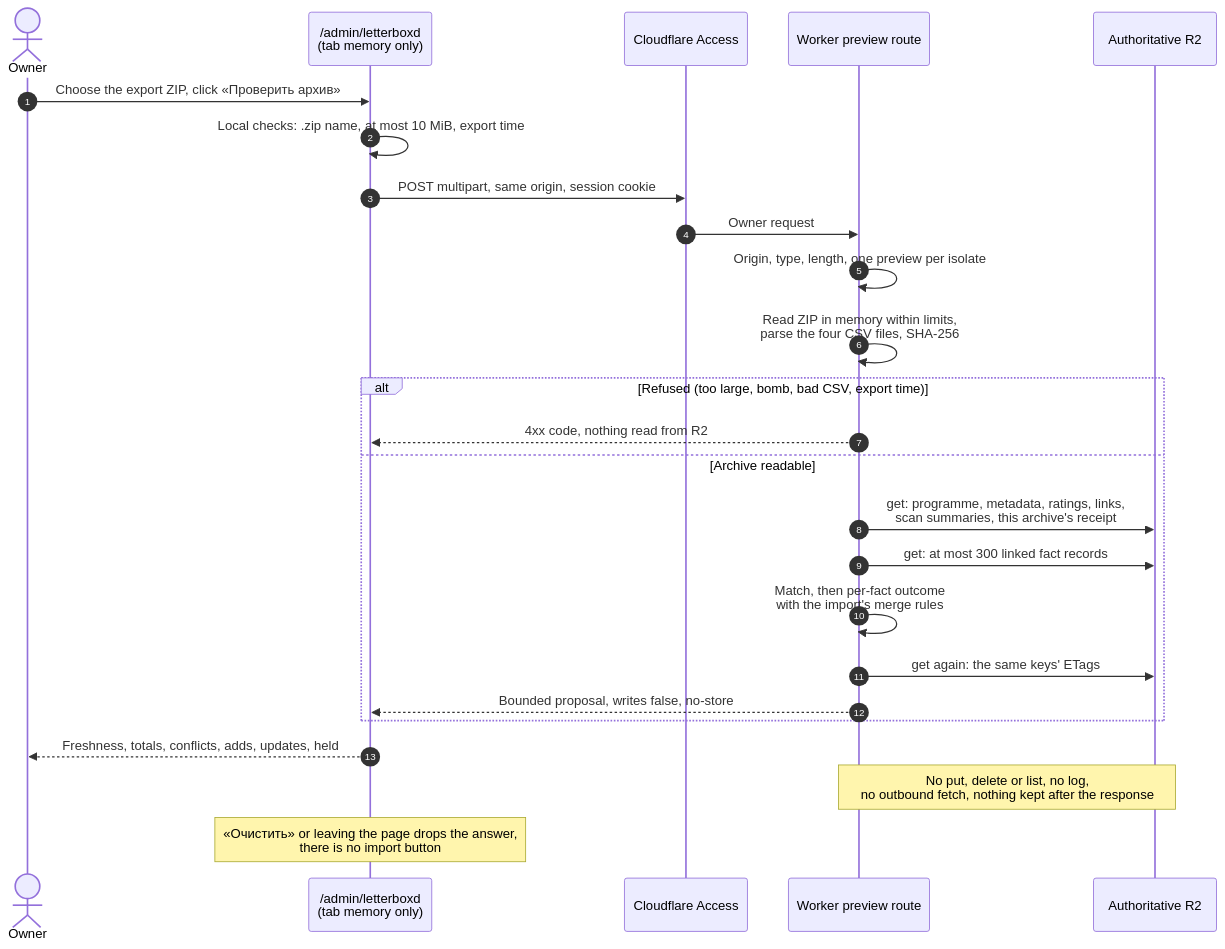
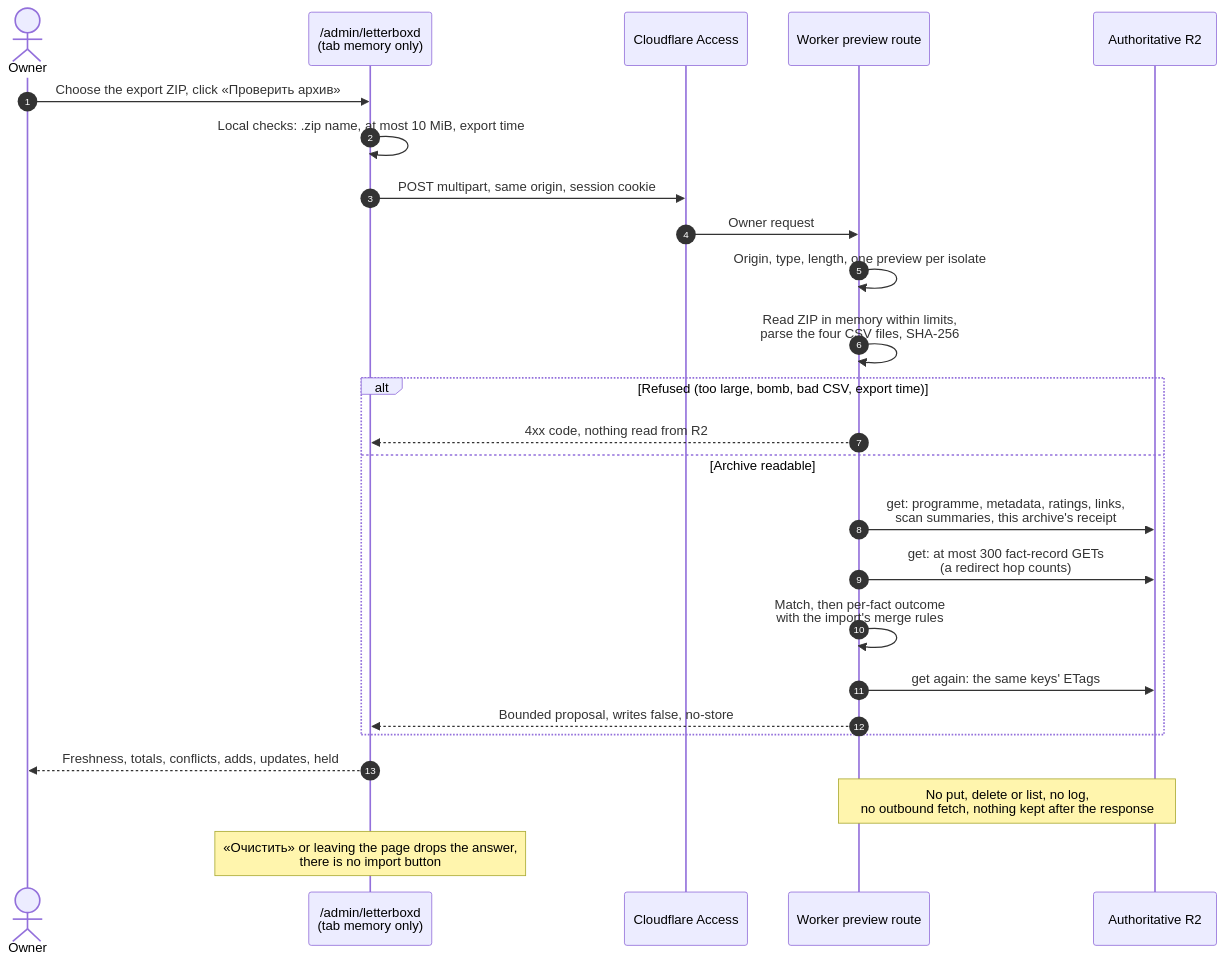
One commit to vladimino/iptv-watchlist changed the third of 3 diagrams in docs/architecture/letterboxd-ingestion.md. Above: the diagram before and after it, drawn with Mermaid. The commit also changed other lines of this file and 9 other files, not shown here.

First line of the commit message:
Count every archive fact-record GET, including a redirect hop, against the cap of 300.

````diff
--- a/docs/architecture/letterboxd-ingestion.md
+++ b/docs/architecture/letterboxd-ingestion.md
@@ -94,27 +94,27 @@
 ```mermaid
 sequenceDiagram
     autonumber
     actor Owner
     participant Page as /admin/letterboxd<br/>(tab memory only)
     participant Access as Cloudflare Access
     participant Worker as Worker preview route
     participant R2 as Authoritative R2
     Owner->>Page: Choose the export ZIP, click «Проверить архив»
     Page->>Page: Local checks: .zip name, at most 10 MiB, export time
     Page->>Access: POST multipart, same origin, session cookie
     Access->>Worker: Owner request
     Worker->>Worker: Origin, type, length, one preview per isolate
     Worker->>Worker: Read ZIP in memory within limits,<br/>parse the four CSV files, SHA-256
     alt Refused (too large, bomb, bad CSV, export time)
         Worker-->>Page: 4xx code, nothing read from R2
     else Archive readable
         Worker->>R2: get: programme, metadata, ratings, links,<br/>scan summaries, this archive's receipt
-        Worker->>R2: get: at most 300 linked fact records
+        Worker->>R2: get: at most 300 fact-record GETs<br/>(a redirect hop counts)
         Worker->>Worker: Match, then per-fact outcome<br/>with the import's merge rules
         Worker->>R2: get again: the same keys' ETags
         Worker-->>Page: Bounded proposal, writes false, no-store
     end
     Page-->>Owner: Freshness, totals, conflicts, adds, updates, held
     Note over Worker,R2: No put, delete or list, no log,<br/>no outbound fetch, nothing kept after the response
     Note over Page: «Очистить» or leaving the page drops the answer,<br/>there is no import button
 ```
````
